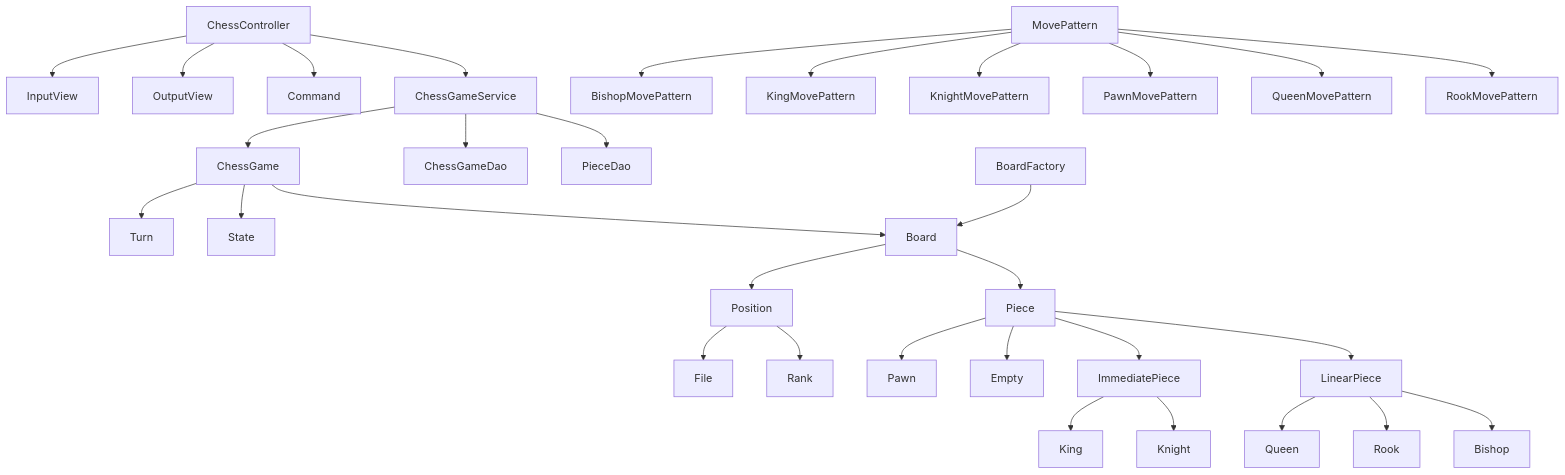
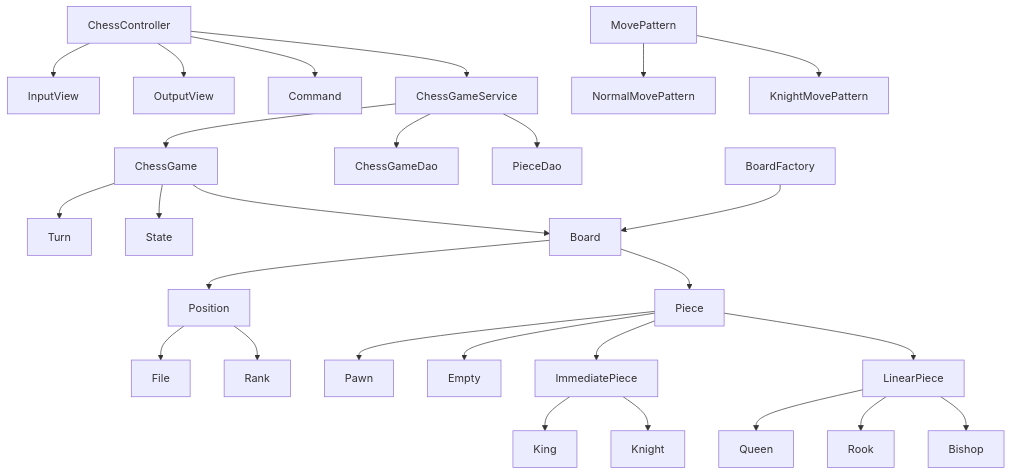
One commit to woowacourse/java-chess changed the diagram in README.md. Above: the diagram before and after it, drawn with Mermaid.

Commit message:
docs: movePattern 수정에 따른 문서 수정

````diff
--- a/README.md
+++ b/README.md
@@ -11,41 +11,37 @@
 ```mermaid
 graph TD
     ChessController --> InputView
     ChessController --> OutputView
     ChessController --> Command
     ChessController --> ChessGameService
     
     ChessGameService --> ChessGame
     ChessGameService --> ChessGameDao
     ChessGameService --> PieceDao
 
     ChessGame --> Turn
     ChessGame --> State
     ChessGame --> Board
     
     BoardFactory --> Board
 
     Board --> Piece
     Board --> Position
     
     Position --> File
     Position --> Rank
     
     Piece --> Pawn
     Piece --> Empty
     Piece --> ImmediatePiece
     Piece --> LinearPiece
     ImmediatePiece --> King
     ImmediatePiece --> Knight
     
     LinearPiece --> Queen
     LinearPiece --> Rook
     LinearPiece --> Bishop
     
-    MovePattern --> BishopMovePattern
-    MovePattern --> KingMovePattern
+    MovePattern --> NormalMovePattern
     MovePattern --> KnightMovePattern
-    MovePattern --> PawnMovePattern
-    MovePattern --> QueenMovePattern
-    MovePattern --> RookMovePattern
 ```
````
